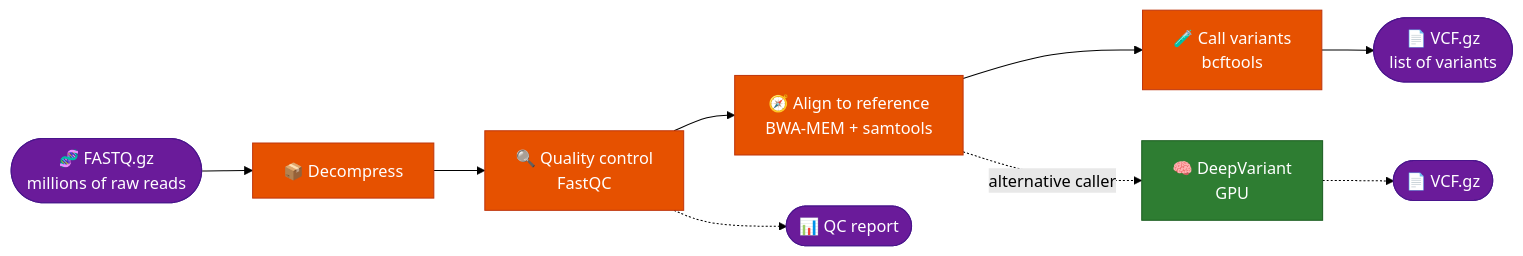
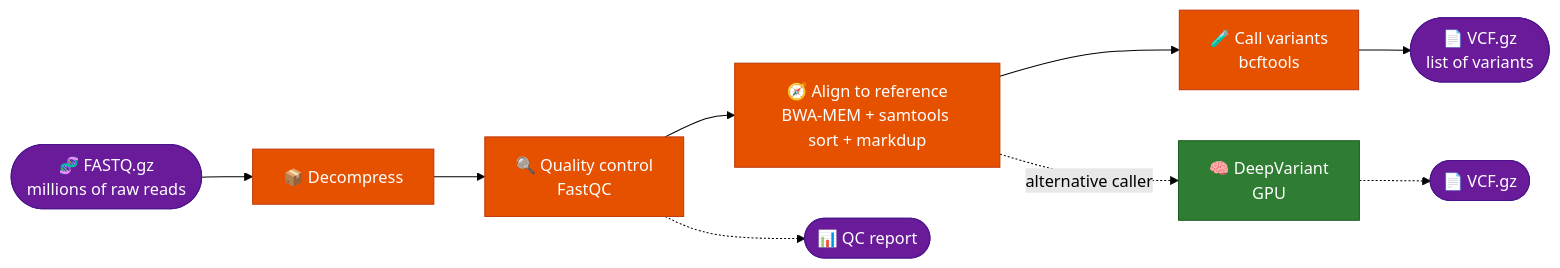
Before and after one commit to Harry5haw/Geyser-Genomics: the first of 3 diagrams in README.md, drawn with Mermaid (forest theme). The commit also changed other lines of this file and 3 other files, not shown here.

First line of the commit message:
Align stage: mark duplicates with samtools markdup

````diff
--- a/README.md
+++ b/README.md
@@ -74,18 +74,18 @@
 ```mermaid
 flowchart LR
     IN(["🧬 FASTQ.gz<br/>millions of raw reads"]) --> D["📦 Decompress"]
     D --> Q["🔍 Quality control<br/>FastQC"]
-    Q --> A["🧭 Align to reference<br/>BWA-MEM + samtools"]
+    Q --> A["🧭 Align to reference<br/>BWA-MEM + samtools sort + markdup"]
     A --> V["🧪 Call variants<br/>bcftools"]
     V --> OUT(["📄 VCF.gz<br/>list of variants"])
     A -.->|"alternative caller"| DV["🧠 DeepVariant<br/>GPU"]
     DV -.-> OUT2(["📄 VCF.gz"])
     Q -.-> R(["📊 QC report"])
 
     classDef io fill:#6A1B9A,stroke:#4A148C,color:#fff
     classDef stage fill:#E65100,stroke:#BF360C,color:#fff
     classDef alt fill:#2E7D32,stroke:#1B5E20,color:#fff
     class IN,OUT,OUT2,R io
     class D,Q,A,V stage
     class DV alt
 ```
````
